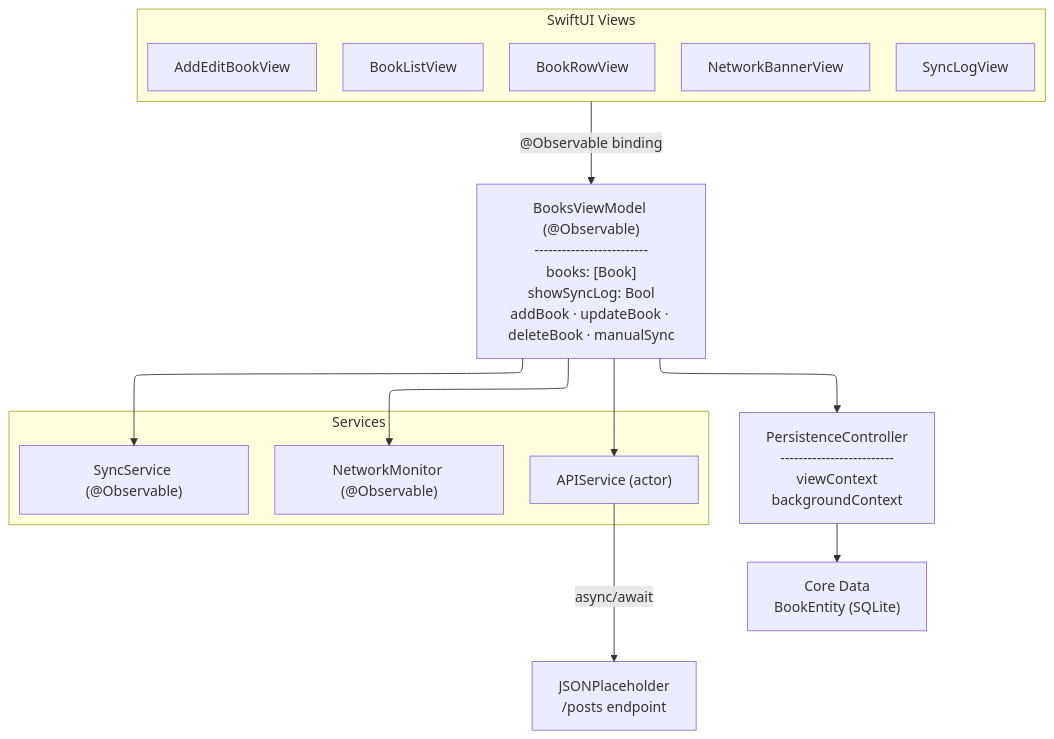
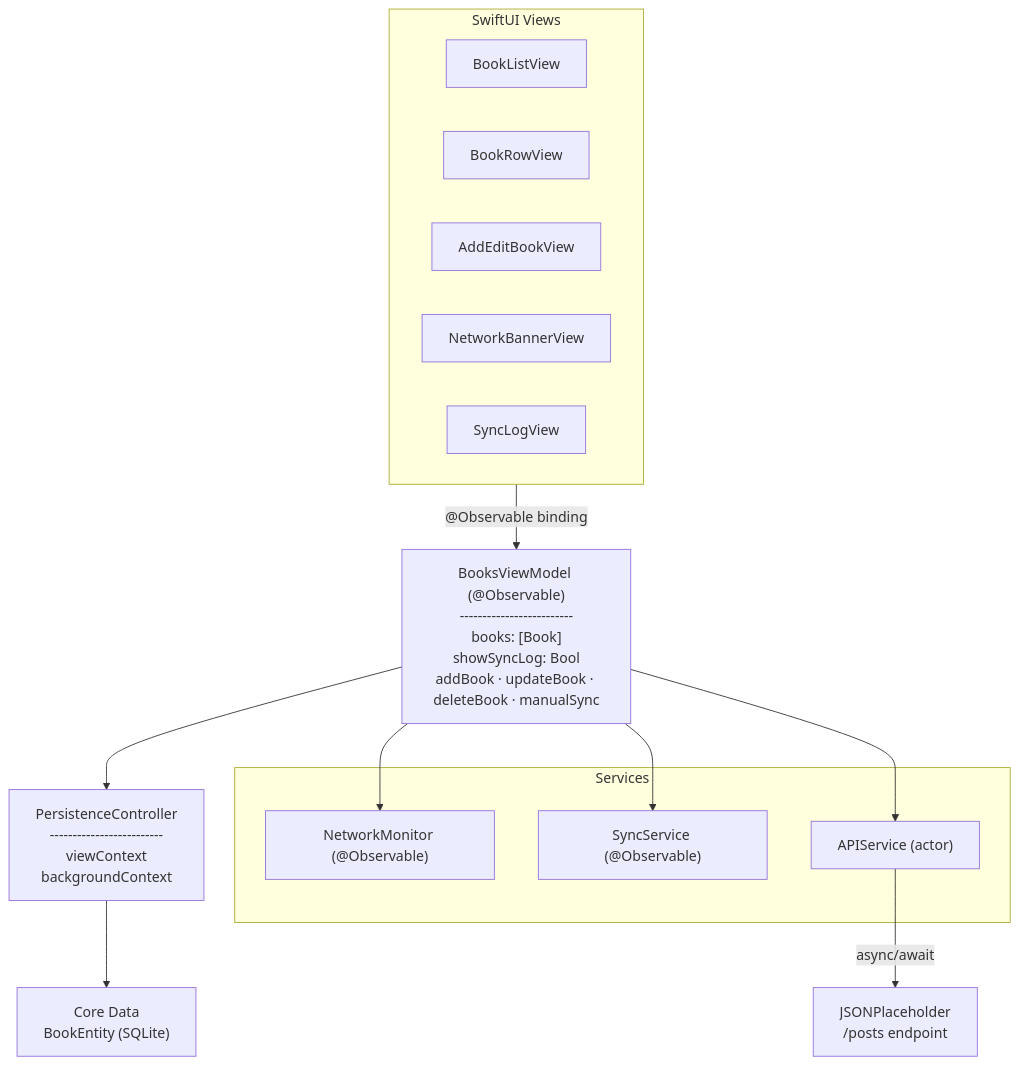
Before and after one commit to anastasija-cvetkovic/elfak-advanced-software-engineering: the diagram in README.md, drawn with Mermaid.

Commit message:
docs(README): remove Mermaid ELK config for GitHub compatibility

````diff
--- a/README.md
+++ b/README.md
@@ -124,23 +124,19 @@
 ```mermaid
----
-config:
-  layout: elk
----
 flowchart TB
  subgraph VIEWS["SwiftUI Views"]
         V1["BookListView"]
         V2["BookRowView"]
         V3["AddEditBookView"]
         V4["NetworkBannerView"]
         V5["SyncLogView"]
   end
  subgraph SERVICES["Services"]
         S1["NetworkMonitor (@Observable)"]
         S2["SyncService (@Observable)"]
         S3["APIService (actor)"]
   end
     VIEWS -- @Observable binding --> VM["BooksViewModel (@Observable)<br>-------------------------<br>books: [Book]<br>showSyncLog: Bool<br>addBook · updateBook · deleteBook · manualSync"]
     VM --> PC["PersistenceController<br>-------------------------<br>viewContext<br>backgroundContext"] & S1 & S2 & S3
     PC --> CD["Core Data<br>BookEntity (SQLite)"]
     S3 -- async/await --> API["JSONPlaceholder<br>/posts endpoint"]
 ```
````
